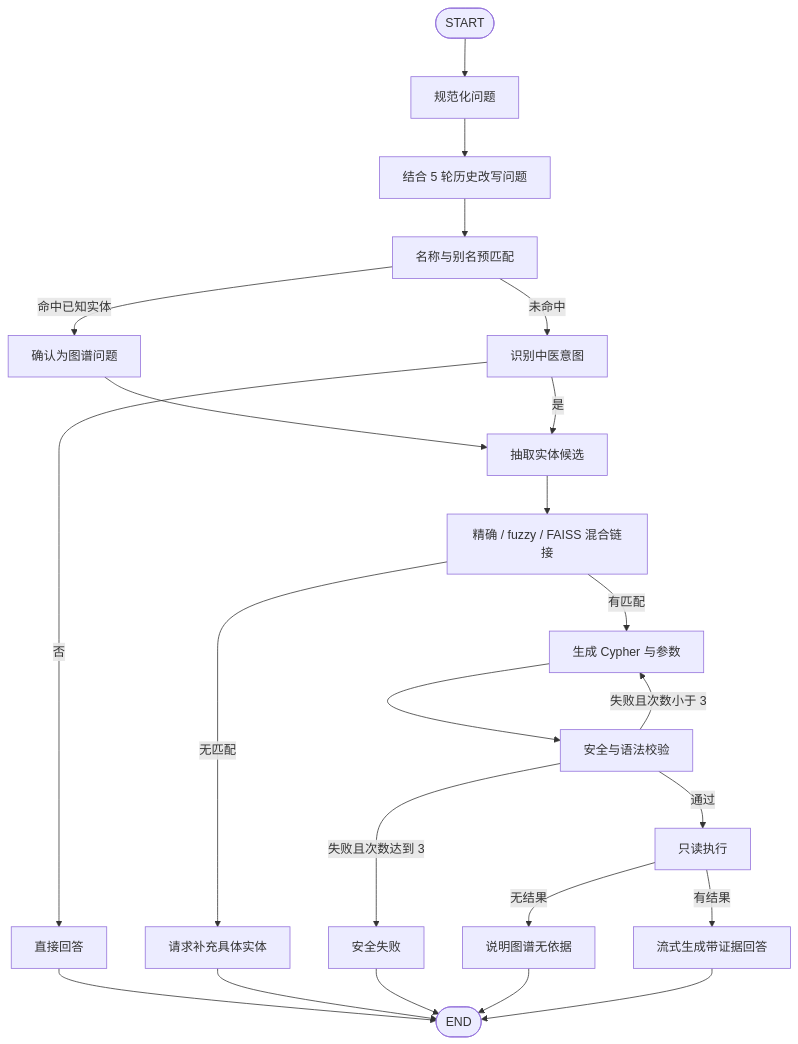
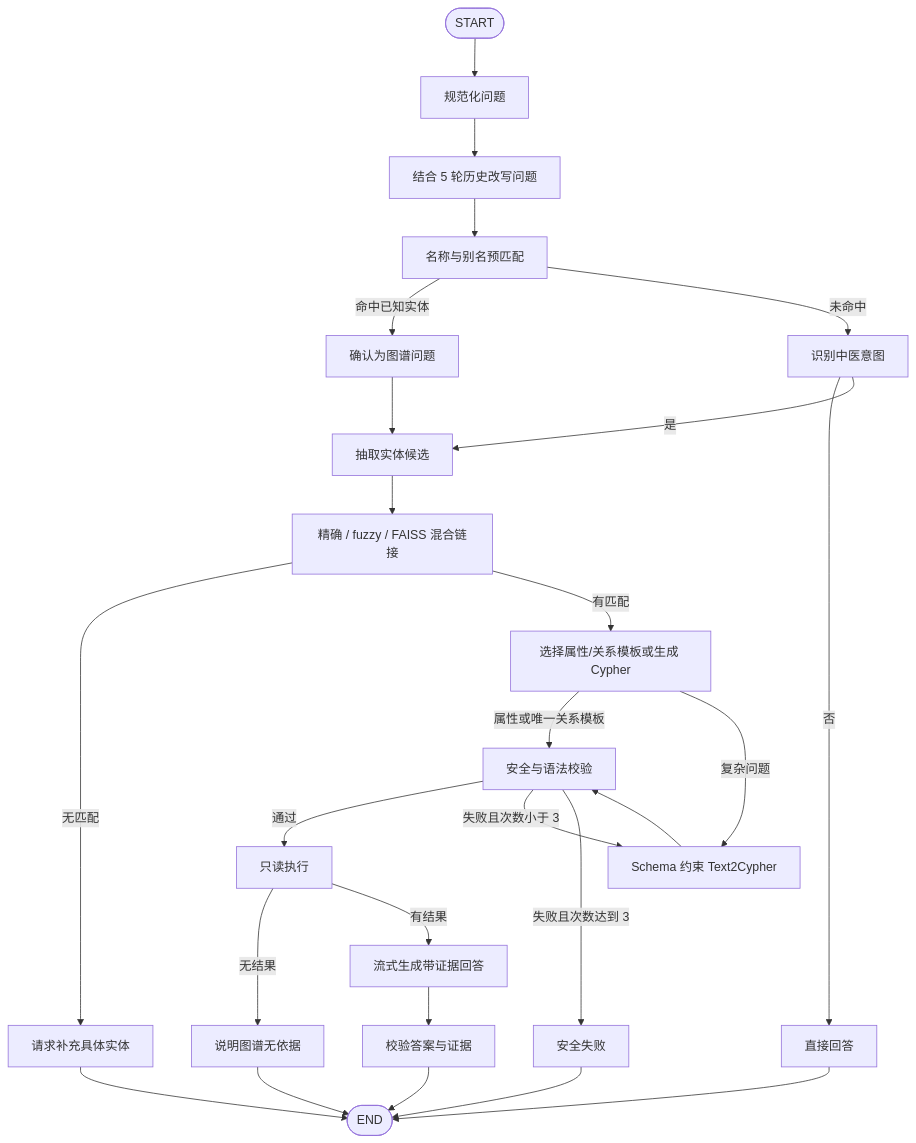
The second of 3 diagrams in docs/graph_qa/architecture.md (zhongzubin/Chinese_medicine_knowledgegraph), drawn with Mermaid before and after one commit. The commit also changed other lines of this file and 32 other files, not shown here.

Commit message:
feat(graph_qa): deliver professional QA quality v1

````diff
--- a/docs/graph_qa/architecture.md
+++ b/docs/graph_qa/architecture.md
@@ -110,25 +110,28 @@
 ```mermaid
 flowchart TD
     Start([START]) --> Normalize[规范化问题]
     Normalize --> Rewrite[结合 5 轮历史改写问题]
     Rewrite --> Prelink[名称与别名预匹配]
     Prelink -->|命中已知实体| KnownIntent[确认为图谱问题]
     Prelink -->|未命中| Intent[识别中医意图]
     KnownIntent --> Extract[抽取实体候选]
     Intent -->|否| Direct[直接回答]
     Intent -->|是| Extract[抽取实体候选]
     Extract --> Link[精确 / fuzzy / FAISS 混合链接]
     Link -->|无匹配| Clarify[请求补充具体实体]
-    Link -->|有匹配| Plan[生成 Cypher 与参数]
-    Plan --> Validate[安全与语法校验]
+    Link -->|有匹配| Plan[选择属性/关系模板或生成 Cypher]
+    Plan -->|属性或唯一关系模板| Validate[安全与语法校验]
+    Plan -->|复杂问题| Text2Cypher[Schema 约束 Text2Cypher]
+    Text2Cypher --> Validate
     Validate -->|通过| Execute[只读执行]
-    Validate -->|失败且次数小于 3| Plan
+    Validate -->|失败且次数小于 3| Text2Cypher
     Validate -->|失败且次数达到 3| SafeFail[安全失败]
     Execute -->|无结果| NoEvidence[说明图谱无依据]
     Execute -->|有结果| Answer[流式生成带证据回答]
+    Answer --> Verify[校验答案与证据]
     Direct --> End([END])
     Clarify --> End
     SafeFail --> End
     NoEvidence --> End
-    Answer --> End
+    Verify --> End
 ```
````
